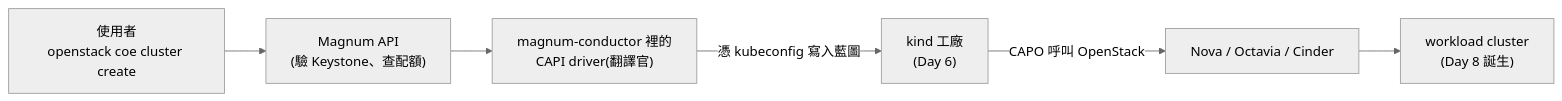
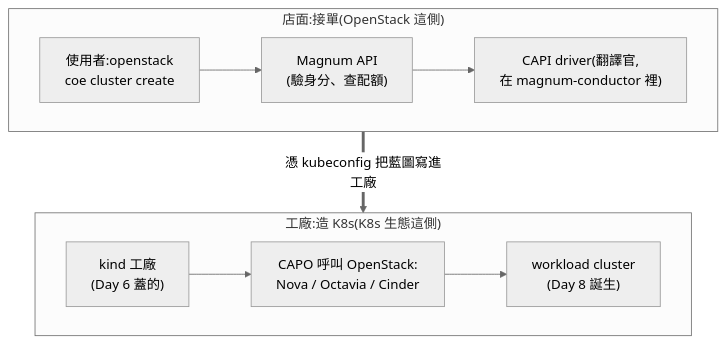
Before and after one commit to DeepWaveLab/OpenStackPracticing: the first of 2 diagrams in docs/runbook/sprint3-day7-magnum-capi-driver.md, drawn with Mermaid (neutral theme). The commit also changed other lines of this file and 11 other files, not shown here.

Commit message:
docs: rewrite course chapters for reader-facing style with mermaid diagrams

````diff
--- a/docs/runbook/sprint3-day7-magnum-capi-driver.md
+++ b/docs/runbook/sprint3-day7-magnum-capi-driver.md
@@ -41,8 +41,12 @@
 ```mermaid
-flowchart LR
-    U["使用者<br/>openstack coe cluster create"] --> M["Magnum API<br/>(驗 Keystone、查配額)"]
-    M --> D["magnum-conductor 裡的<br/>CAPI driver(翻譯官)"]
-    D -->|"憑 kubeconfig 寫入藍圖"| K["kind 工廠<br/>(Day 6)"]
-    K -->|"CAPO 呼叫 OpenStack"| O["Nova / Octavia / Cinder"]
-    O --> W["workload cluster<br/>(Day 8 誕生)"]
+flowchart TB
+    subgraph front["店面:接單(OpenStack 這側)"]
+        direction LR
+        U["使用者:openstack<br/>coe cluster create"] --> M["Magnum API<br/>(驗身分、查配額)"] --> D["CAPI driver(翻譯官,<br/>在 magnum-conductor 裡)"]
+    end
+    subgraph fac["工廠:造 K8s(K8s 生態這側)"]
+        direction LR
+        K["kind 工廠<br/>(Day 6 蓋的)"] --> O["CAPO 呼叫 OpenStack:<br/>Nova / Octavia / Cinder"] --> W["workload cluster<br/>(Day 8 誕生)"]
+    end
+    D ==>|"憑 kubeconfig 把藍圖寫進工廠"| K
 ```
````
